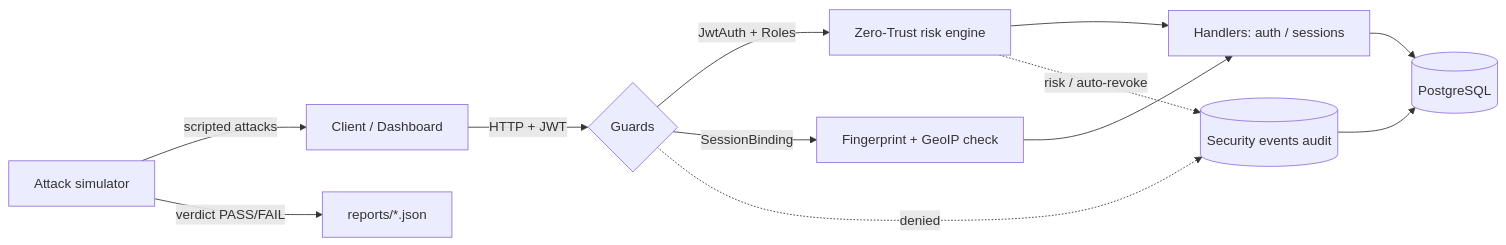
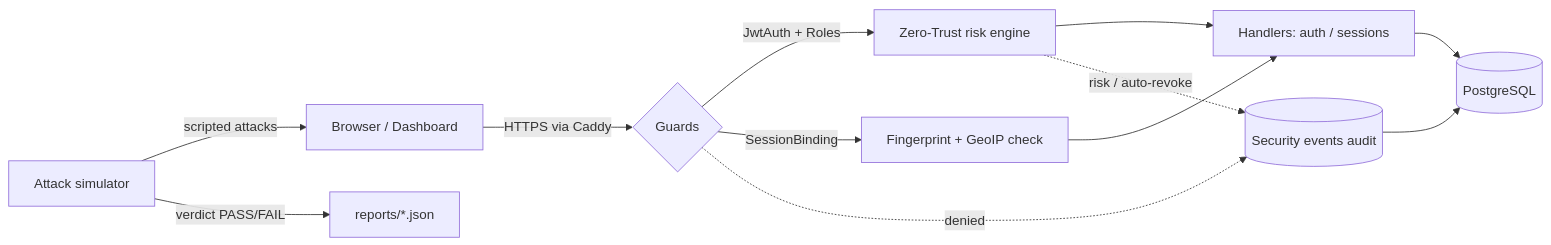
One commit to zr00t-1001/auth-lab changed the first of 2 diagrams in README.md. Above: the diagram before and after it, drawn with Mermaid. The commit also changed other lines of this file, not shown here.

````diff
--- a/README.md
+++ b/README.md
@@ -17,14 +18,14 @@
 ```mermaid
 flowchart LR
-  C[Client / Dashboard] -->|HTTP + JWT| G{Guards}
+  C[Browser / Dashboard] -->|HTTPS via Caddy| G{Guards}
   G -->|JwtAuth + Roles| RT[Zero-Trust risk engine]
   G -->|SessionBinding| FP[Fingerprint + GeoIP check]
   RT --> H[Handlers: auth / sessions]
   FP --> H
   G -. denied .-> AUD[(Security events audit)]
   RT -. risk / auto-revoke .-> AUD
   H --> DB[(PostgreSQL)]
   AUD --> DB
   SIM[Attack simulator] -->|scripted attacks| C
   SIM -->|verdict PASS/FAIL| OUT[reports/*.json]
 ```
````
